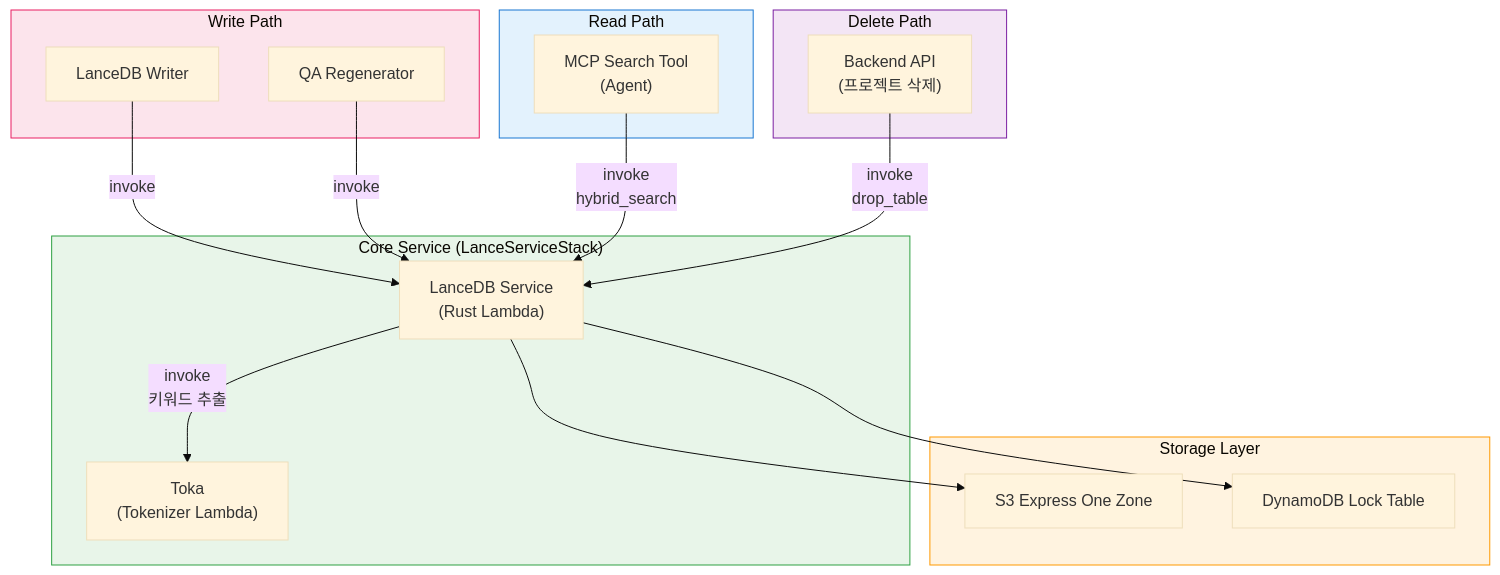
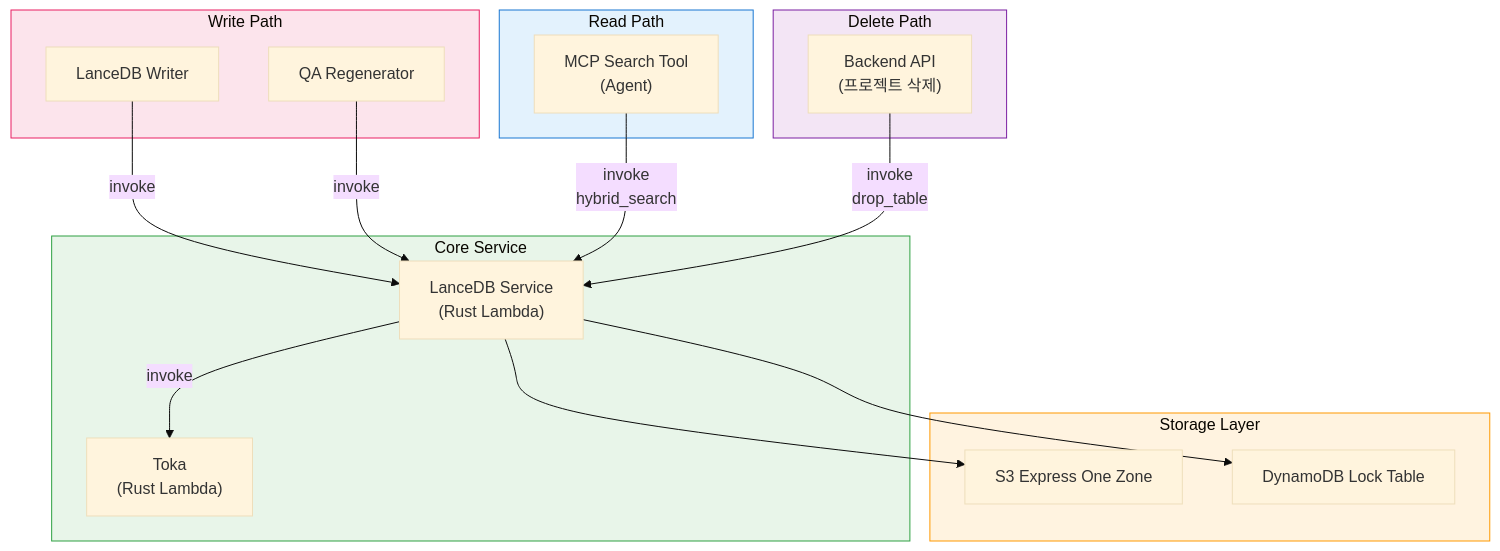
Before and after one commit to rajaelime/sample-aws-idp-pipeline: the diagram in docs/src/content/docs/ko/vectordb.md, drawn with Mermaid (base theme). The commit also changed other lines of this file and 19 other files, not shown here.

First line of the commit message:
docs: update OCR docs to reflect Rust PaddleOCR Lambda architecture (#244)

````diff
--- a/docs/src/content/docs/ko/vectordb.md
+++ b/docs/src/content/docs/ko/vectordb.md
@@ -328,39 +277,39 @@
 ```mermaid
 graph TB
     subgraph Write["Write Path"]
         Writer["LanceDB Writer"]
         QA["QA Regenerator"]
     end
 
     subgraph Read["Read Path"]
         MCP["MCP Search Tool<br/>(Agent)"]
     end
 
     subgraph Delete["Delete Path"]
         Backend["Backend API<br/>(프로젝트 삭제)"]
     end
 
-    subgraph Core["Core Service (LanceServiceStack)"]
+    subgraph Core["Core Service"]
         Service["LanceDB Service<br/>(Rust Lambda)"]
-        Toka["Toka<br/>(Tokenizer Lambda)"]
+        Toka["Toka<br/>(Rust Lambda)"]
     end
 
     subgraph Storage["Storage Layer"]
         S3["S3 Express One Zone"]
         DDB["DynamoDB Lock Table"]
     end
 
     Writer -->|invoke| Service
     QA -->|invoke| Service
     MCP -->|invoke<br/>hybrid_search| Service
     Backend -->|invoke<br/>drop_table| Service
 
-    Service -->|invoke<br/>키워드 추출| Toka
     Service --> S3 & DDB
+    Service -->|invoke| Toka
 
     style Storage fill:#fff3e0,stroke:#ff9900
     style Core fill:#e8f5e9,stroke:#2ea043
     style Write fill:#fce4ec,stroke:#e91e63
     style Read fill:#e3f2fd,stroke:#1976d2
     style Delete fill:#f3e5f5,stroke:#7b1fa2
 ```
````
